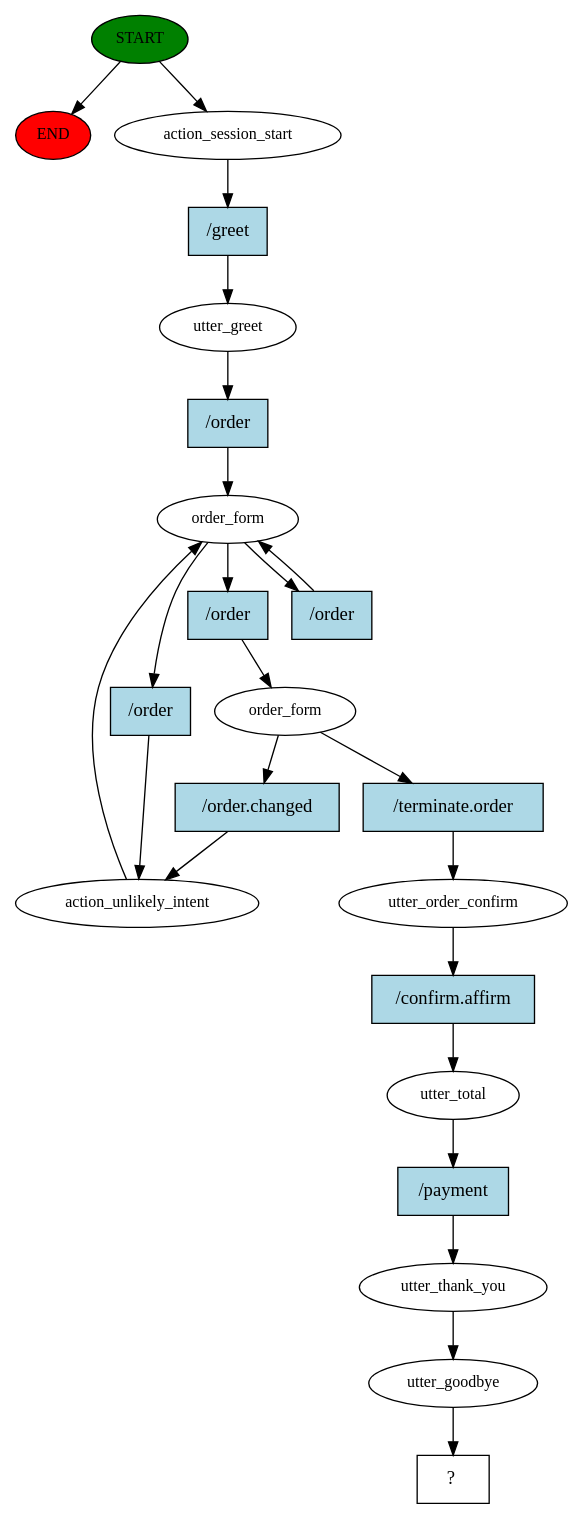
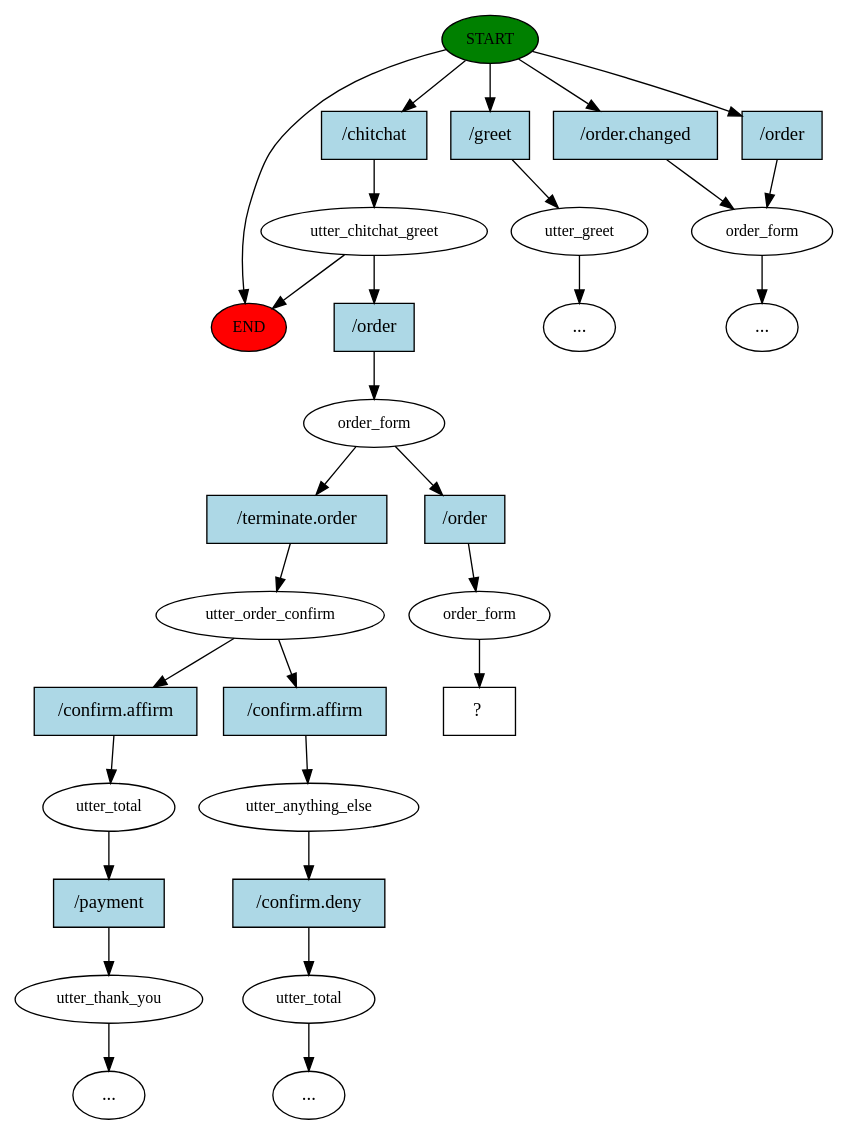
The diagram in story_graph.dot (nictamhk/restaurant-order-chatbot), drawn with Graphviz before and after one commit. The commit also changed 167 other files, not shown here.

Commit message:
Improved story logic flow

```diff
--- a/story_graph.dot
+++ b/story_graph.dot
@@ -1,46 +1,59 @@
 digraph  {
 0 [class="start active", fillcolor=green, fontsize=12, label=START, style=filled];
 "-1" [class=end, fillcolor=red, fontsize=12, label=END, style=filled];
-1 [class=active, fontsize=12, label=action_session_start];
-2 [class=active, fontsize=12, label=utter_greet];
-3 [class=active, fontsize=12, label=order_form];
-5 [class=active, fontsize=12, label=action_unlikely_intent];
-9 [class=active, fontsize=12, label=order_form];
-13 [class=active, fontsize=12, label=utter_order_confirm];
-14 [class=active, fontsize=12, label=utter_total];
-15 [class=active, fontsize=12, label=utter_thank_you];
-16 [class=active, fontsize=12, label=utter_goodbye];
-17 [class="intent dashed active", label="  ?  ", shape=rect];
-18 [class="intent active", fillcolor=lightblue, label="/greet", shape=rect, style=filled];
-19 [class="intent active", fillcolor=lightblue, label="/order", shape=rect, style=filled];
-20 [class="intent active", fillcolor=lightblue, label="/order", shape=rect, style=filled];
-21 [class="intent active", fillcolor=lightblue, label="/order", shape=rect, style=filled];
-22 [class="intent active", fillcolor=lightblue, label="/order", shape=rect, style=filled];
-23 [class="intent active", fillcolor=lightblue, label="/order.changed", shape=rect, style=filled];
-24 [class="intent active", fillcolor=lightblue, label="/terminate.order", shape=rect, style=filled];
-25 [class="intent active", fillcolor=lightblue, label="/confirm.affirm", shape=rect, style=filled];
-26 [class="intent active", fillcolor=lightblue, label="/payment", shape=rect, style=filled];
+1 [class=active, fontsize=12, label=utter_chitchat_greet];
+2 [class=active, fontsize=12, label=order_form];
+3 [class="", fontsize=12, label=utter_order_confirm];
+4 [class="", fontsize=12, label=utter_total];
+5 [class="", fontsize=12, label=utter_thank_you];
+"-3" [class=ellipsis, label="..."];
+6 [class="", fontsize=12, label=utter_greet];
+10 [class="", fontsize=12, label=utter_anything_else];
+11 [class="", fontsize=12, label=utter_total];
+"-5" [class=ellipsis, label="..."];
+18 [class="", fontsize=12, label=order_form];
+"-18" [class=ellipsis, label="..."];
+"-20" [class=ellipsis, label="..."];
+30 [class=active, fontsize=12, label=order_form];
+31 [class="intent dashed active", label="  ?  ", shape=rect];
+32 [class="intent active", fillcolor=lightblue, label="/chitchat", shape=rect, style=filled];
+33 [class=intent, fillcolor=lightblue, label="/greet", shape=rect, style=filled];
+34 [class=intent, fillcolor=lightblue, label="/order.changed", shape=rect, style=filled];
+35 [class=intent, fillcolor=lightblue, label="/order", shape=rect, style=filled];
+36 [class="intent active", fillcolor=lightblue, label="/order", shape=rect, style=filled];
+37 [class=intent, fillcolor=lightblue, label="/terminate.order", shape=rect, style=filled];
+38 [class="intent active", fillcolor=lightblue, label="/order", shape=rect, style=filled];
+39 [class=intent, fillcolor=lightblue, label="/confirm.affirm", shape=rect, style=filled];
+40 [class=intent, fillcolor=lightblue, label="/confirm.affirm", shape=rect, style=filled];
+41 [class=intent, fillcolor=lightblue, label="/payment", shape=rect, style=filled];
+42 [class=intent, fillcolor=lightblue, label="/confirm.deny", shape=rect, style=filled];
 0 -> "-1"  [class="", key=NONE, label=""];
-0 -> 1  [class=active, key=NONE, label=""];
-1 -> 18  [class=active, key=0];
-2 -> 19  [class=active, key=0];
-3 -> 20  [class=active, key=0];
-3 -> 21  [class=active, key=0];
-3 -> 22  [class=active, key=0];
-5 -> 3  [class=active, key=NONE, label=""];
-9 -> 23  [class=active, key=0];
-9 -> 24  [class=active, key=0];
-13 -> 25  [class=active, key=0];
-14 -> 26  [class=active, key=0];
-15 -> 16  [class=active, key=NONE, label=""];
-16 -> 17  [class=active, key=NONE, label=""];
-18 -> 2  [class=active, key=0];
-19 -> 3  [class=active, key=0];
-20 -> 5  [class=active, key=0];
-21 -> 3  [class=active, key=0];
-22 -> 9  [class=active, key=0];
-23 -> 5  [class=active, key=0];
-24 -> 13  [class=active, key=0];
-25 -> 14  [class=active, key=0];
-26 -> 15  [class=active, key=0];
+0 -> 32  [class=active, key=0];
+0 -> 33  [class="", key=0];
+0 -> 34  [class="", key=0];
+0 -> 35  [class="", key=0];
+1 -> "-1"  [class="", key=NONE, label=""];
+1 -> 36  [class=active, key=0];
+2 -> 37  [class="", key=0];
+2 -> 38  [class=active, key=0];
+3 -> 39  [class="", key=0];
+3 -> 40  [class="", key=0];
+4 -> 41  [class="", key=0];
+5 -> "-3"  [class="", key=NONE, label=""];
+6 -> "-18"  [class="", key=NONE, label=""];
+10 -> 42  [class="", key=0];
+11 -> "-5"  [class="", key=NONE, label=""];
+18 -> "-20"  [class="", key=NONE, label=""];
+30 -> 31  [class=active, key=NONE, label=""];
+32 -> 1  [class=active, key=0];
+33 -> 6  [class="", key=0];
+34 -> 18  [class="", key=0];
+35 -> 18  [class="", key=0];
+36 -> 2  [class=active, key=0];
+37 -> 3  [class="", key=0];
+38 -> 30  [class=active, key=0];
+39 -> 4  [class="", key=0];
+40 -> 10  [class="", key=0];
+41 -> 5  [class="", key=0];
+42 -> 11  [class="", key=0];
 }
```
